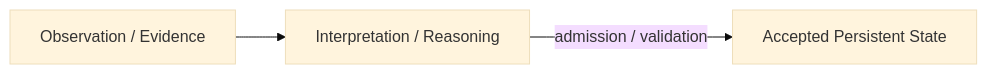
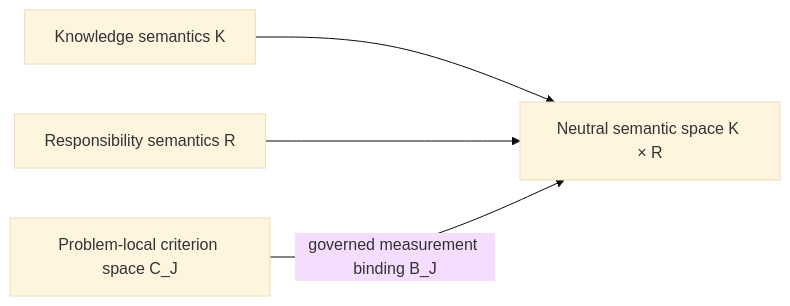
Before and after one commit to thatao72/three-twin-docs: the first of 7 diagrams in content/architecture.md, drawn with Mermaid (base theme). The commit also changed other lines of this file, not shown here.

Commit message:
Align architecture docs with current Q EA JT and assessment model

````diff
--- a/content/architecture.md
+++ b/content/architecture.md
@@ -89,10 +128,11 @@
 ```mermaid
 flowchart LR
+    K["Knowledge semantics K"]
+    R["Responsibility semantics R"]
+    KR["Neutral semantic space K × R"]
+    CJ["Problem-local criterion space C_J"]
 
-    O["Observation / Evidence"]
-    R["Interpretation / Reasoning"]
-    P["Accepted Persistent State"]
-
-    O --> R
-    R -->|"admission / validation"| P
+    K --> KR
+    R --> KR
+    CJ -->|"governed measurement binding B_J"| KR
 ```
````
